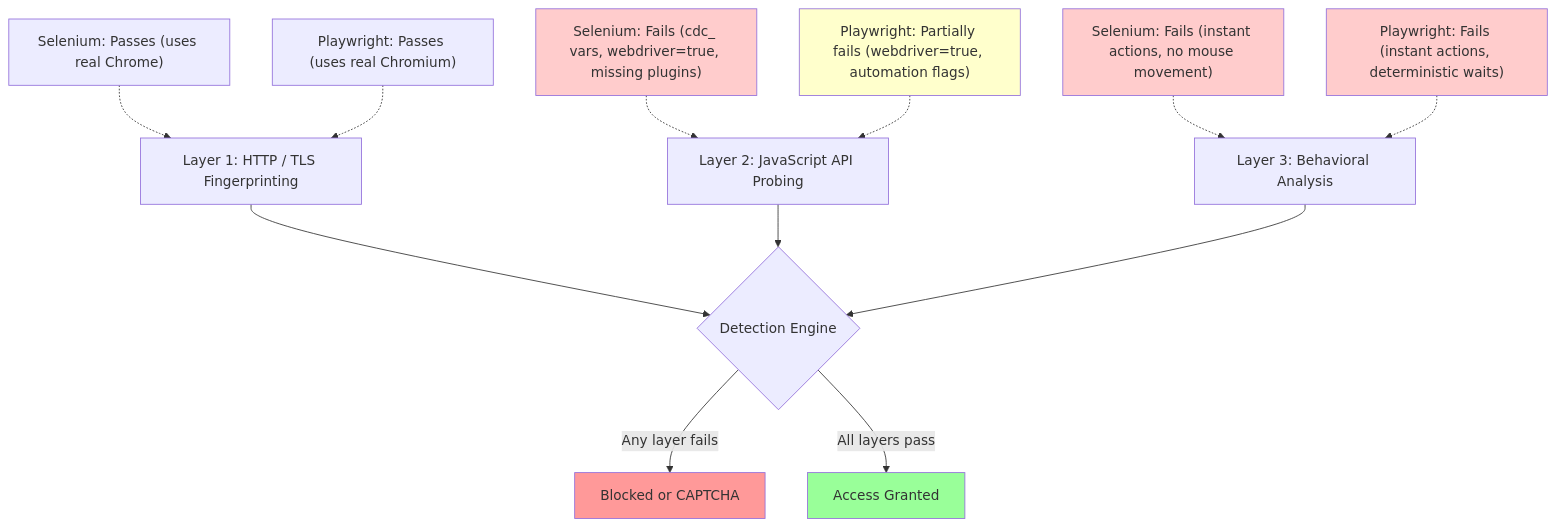
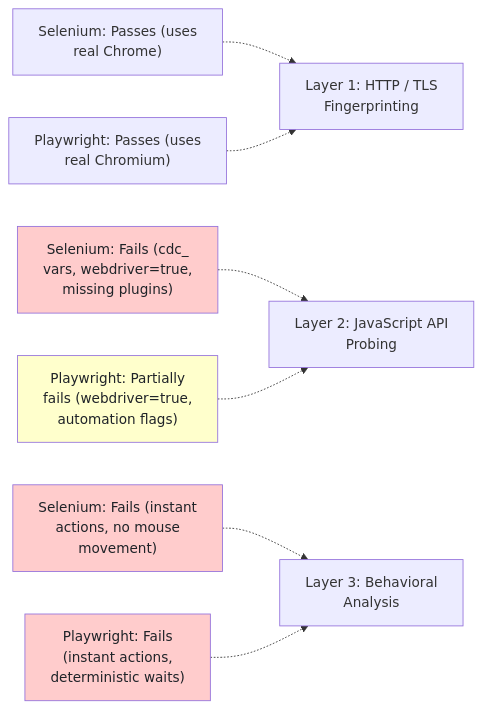
Before and after one commit to bytetunnels/bytetunnels.github.com: the first of 2 diagrams in _posts/2026-03-03-playwright-vs-selenium-stealth-which-evades-detection-better.md, drawn with Mermaid. The commit also changed other lines of this file and 118 other files, not shown here.

Commit message:
feat: improve diagram styling and compact wide flowcharts

````diff
--- a/_posts/2026-03-03-playwright-vs-selenium-stealth-which-evades-detection-better.md
+++ b/_posts/2026-03-03-playwright-vs-selenium-stealth-which-evades-detection-better.md
@@ -107,24 +107,19 @@
 ```mermaid
-graph TD
-    A["Layer 1: HTTP / TLS Fingerprinting"] --> D{"Detection Engine"}
-    B["Layer 2: JavaScript API Probing"] --> D
-    C["Layer 3: Behavioral Analysis"] --> D
-    D -->|Any layer fails| E["Blocked or CAPTCHA"]
-    D -->|All layers pass| F["Access Granted"]
+graph LR
+    A1["Selenium: Passes (uses<br/>real Chrome)"] -.-> A
+    A2["Playwright: Passes (uses<br/>real Chromium)"] -.-> A
 
-    A1["Selenium: Passes (uses real Chrome)"] -.-> A
-    A2["Playwright: Passes (uses real Chromium)"] -.-> A
+    B1["Selenium: Fails (cdc_<br/>vars, webdriver=true,<br/>missing plugins)"] -.-> B
+    B2["Playwright: Partially<br/>fails (webdriver=true,<br/>automation flags)"] -.-> B
 
-    B1["Selenium: Fails (cdc_ vars, webdriver=true, missing plugins)"] -.-> B
-    B2["Playwright: Partially fails (webdriver=true, automation flags)"] -.-> B
+    C1["Selenium: Fails (instant<br/>actions, no mouse<br/>movement)"] -.-> C
+    C2["Playwright: Fails<br/>(instant actions,<br/>deterministic waits)"] -.-> C
 
-    C1["Selenium: Fails (instant actions, no mouse movement)"] -.-> C
-    C2["Playwright: Fails (instant actions, deterministic waits)"] -.-> C
-
-    style E fill:#ff9999
-    style F fill:#99ff99
-    style B1 fill:#ffcccc
-    style B2 fill:#ffffcc
-    style C1 fill:#ffcccc
-    style C2 fill:#ffcccc
+    style B1 fill:#ffcccc,color:#1f2328
+    style B2 fill:#ffffcc,color:#1f2328
+    style C1 fill:#ffcccc,color:#1f2328
+    style C2 fill:#ffcccc,color:#1f2328
+    A["Layer 1: HTTP / TLS<br>Fingerprinting"]
+    B["Layer 2: JavaScript API<br>Probing"]
+    C["Layer 3: Behavioral<br>Analysis"]
 ```
````
